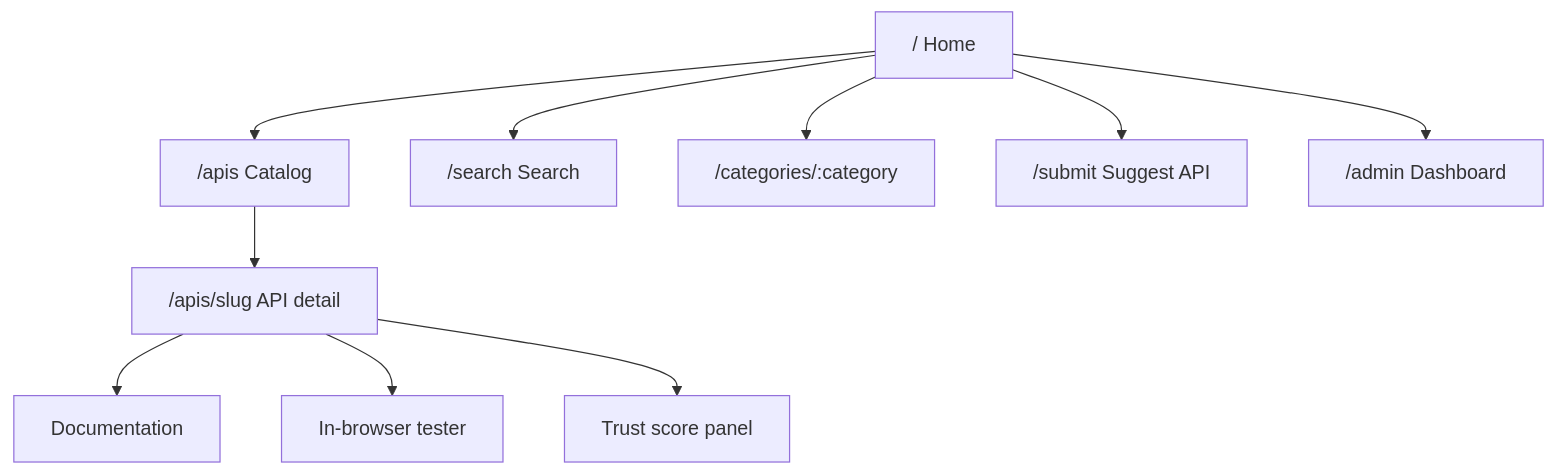
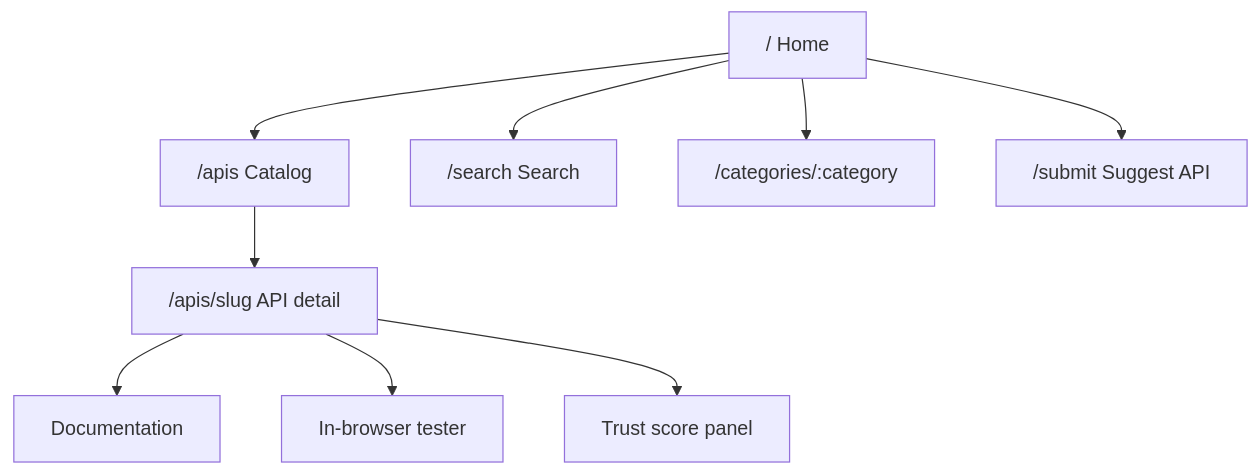
The third of 5 diagrams in README.md (millareskenneth/Verita), drawn with Mermaid before and after one commit. The commit also changed 9 other files, not shown here.

````diff
--- a/README.md
+++ b/README.md
@@ -49,12 +49,11 @@
 ```mermaid
 flowchart TD
     Home["/ Home"] --> Catalog["/apis Catalog"]
     Home --> Search["/search Search"]
     Home --> Categories["/categories/:category"]
     Catalog --> Detail["/apis/slug API detail"]
     Detail --> Docs[Documentation]
     Detail --> Tester[In-browser tester]
     Detail --> Trust[Trust score panel]
     Home --> Submit["/submit Suggest API"]
-    Home --> Admin["/admin Dashboard"]
 ```
````
